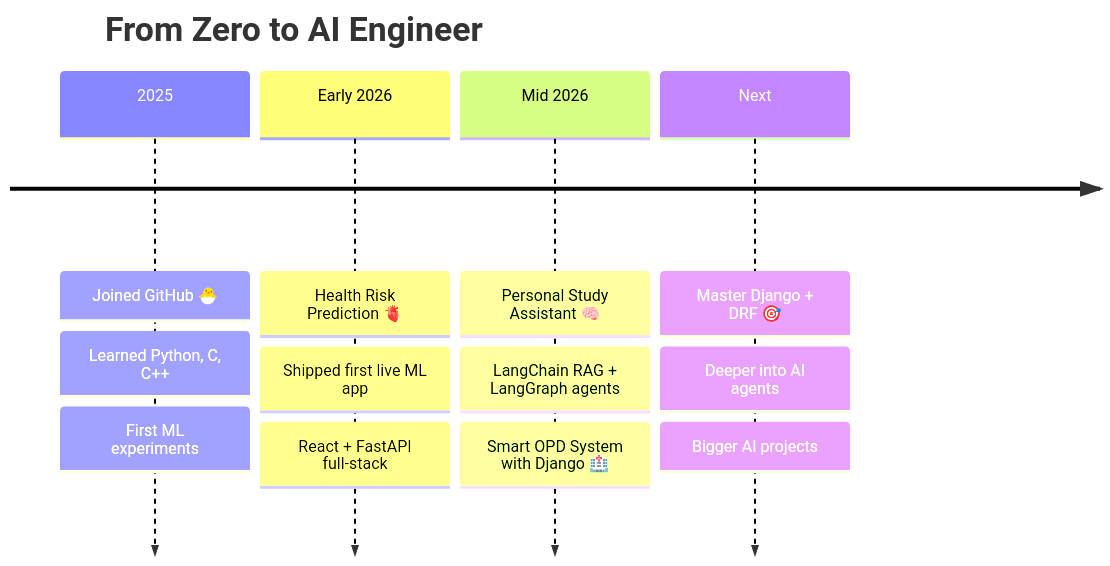
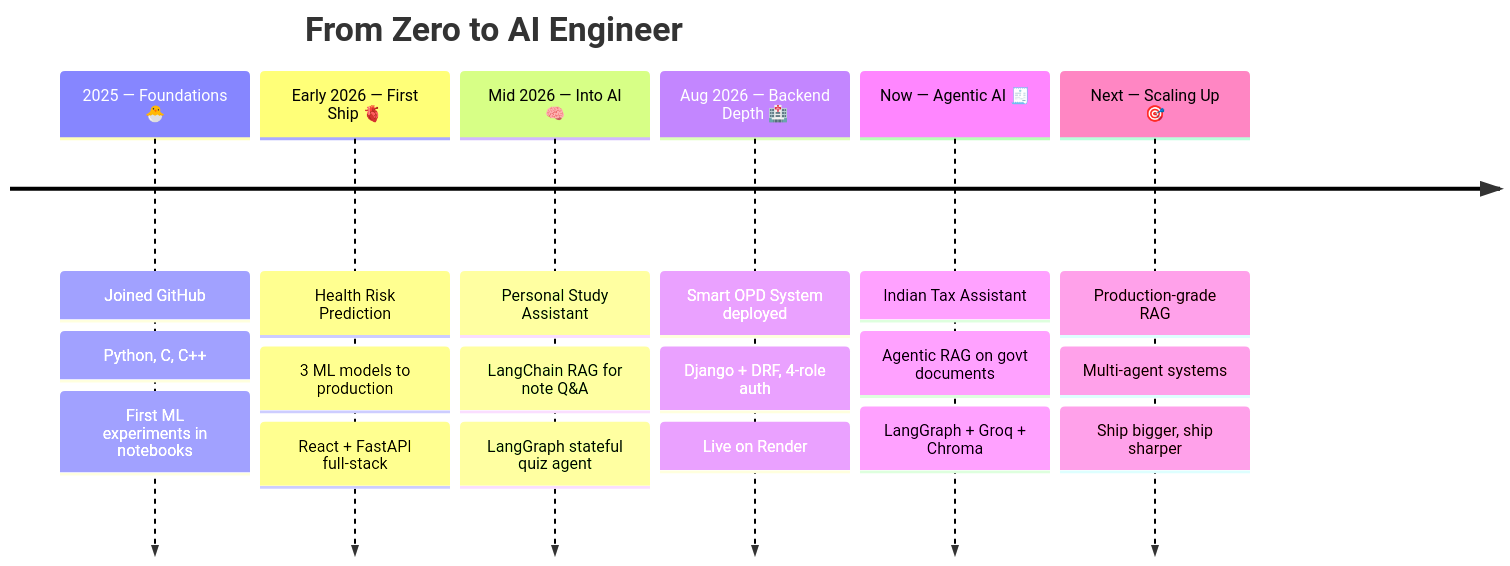
Before and after one commit to prince220504/prince220504: the second of 2 diagrams in README.md, drawn with Mermaid. The commit also changed other lines of this file, not shown here.

First line of the commit message:
Revise README with new projects and learning updates

````diff
--- a/README.md
+++ b/README.md
@@ -158,8 +174,10 @@
 ```mermaid
 timeline
     title From Zero to AI Engineer
-    2025 : Joined GitHub 🐣 : Learned Python, C, C++ : First ML experiments
-    Early 2026 : Health Risk Prediction 🫀 : Shipped first live ML app : React + FastAPI full-stack
-    Mid 2026 : Personal Study Assistant 🧠 : LangChain RAG + LangGraph agents : Smart OPD System with Django 🏥
-    Next : Master Django + DRF 🎯 : Deeper into AI agents : Bigger AI projects
+    2025 — Foundations 🐣 : Joined GitHub : Python, C, C++ : First ML experiments in notebooks
+    Early 2026 — First Ship 🫀 : Health Risk Prediction : 3 ML models to production : React + FastAPI full-stack
+    Mid 2026 — Into AI 🧠 : Personal Study Assistant : LangChain RAG for note Q&A : LangGraph stateful quiz agent
+    Aug 2026 — Backend Depth 🏥 : Smart OPD System deployed : Django + DRF, 4-role auth : Live on Render
+    Now — Agentic AI 🧾 : Indian Tax Assistant : Agentic RAG on govt documents : LangGraph + Groq + Chroma
+    Next — Scaling Up 🎯 : Production-grade RAG : Multi-agent systems : Ship bigger, ship sharper
 ```
````
